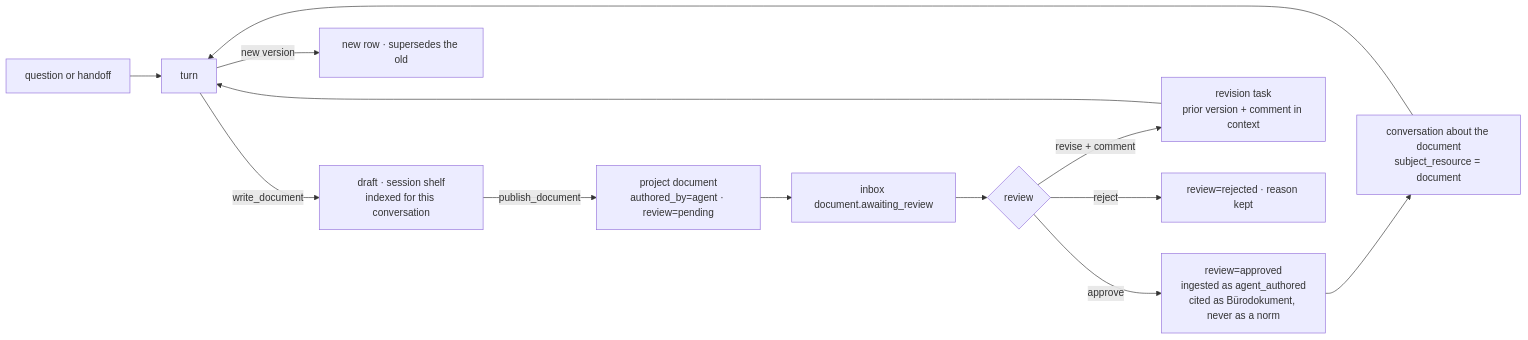
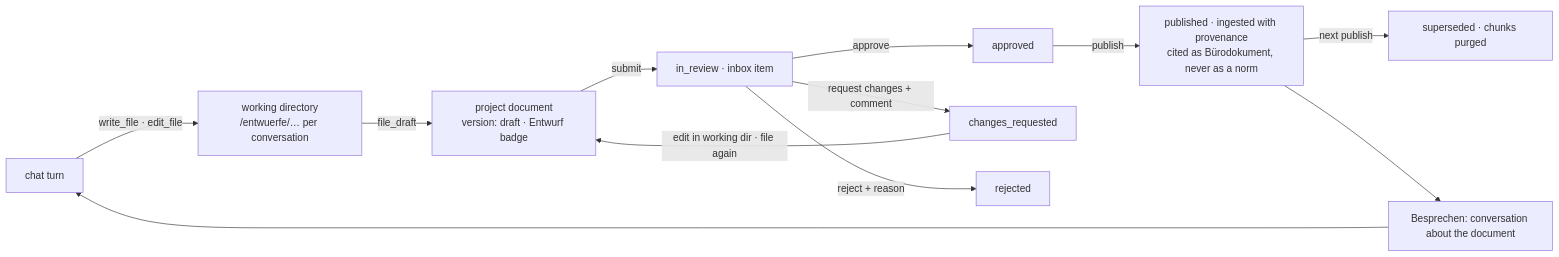
One commit to GRID-check/grid-oib-agent changed the diagram in docs/roadmap/piloti-writes-artifacts-and-approval.md. Above: the diagram before and after it, drawn with Mermaid. The commit also changed other lines of this file, not shown here.

First line of the commit message:
docs(roadmap): rebuild the artifact plan on two tiers after adversarial review

````diff
--- a/docs/roadmap/piloti-writes-artifacts-and-approval.md
+++ b/docs/roadmap/piloti-writes-artifacts-and-approval.md
@@ -28,15 +34,14 @@
 ```mermaid
 flowchart LR
-  Q[question or handoff] --> T[turn]
-  T -->|write_document| D[draft · session shelf<br/>indexed for this conversation]
-  D -->|publish_document| P[project document<br/>authored_by=agent · review=pending]
-  P --> I[inbox document.awaiting_review]
-  I --> R{review}
-  R -->|approve| A[review=approved<br/>ingested as agent_authored<br/>cited as Bürodokument, never as a norm]
-  R -->|revise + comment| V[revision task<br/>prior version + comment in context]
-  V --> T
-  T -->|new version| P2[new row · supersedes the old]
-  R -->|reject| X[review=rejected · reason kept]
-  A --> C[conversation about the document<br/>subject_resource = document]
-  C --> T
+  T[chat turn] -->|write_file · edit_file| W[working directory<br/>/entwuerfe/… per conversation]
+  W -->|file_draft| D[project document<br/>version: draft · Entwurf badge]
+  D -->|submit| R[in_review · inbox item]
+  R -->|approve| A[approved]
+  R -->|request changes + comment| C[changes_requested]
+  C -->|edit in working dir · file again| D
+  R -->|reject + reason| X[rejected]
+  A -->|publish| P[published · ingested with provenance<br/>cited as Bürodokument, never as a norm]
+  P -->|next publish| S[superseded · chunks purged]
+  P --> B[Besprechen: conversation about the document]
+  B --> T
 ```
````
